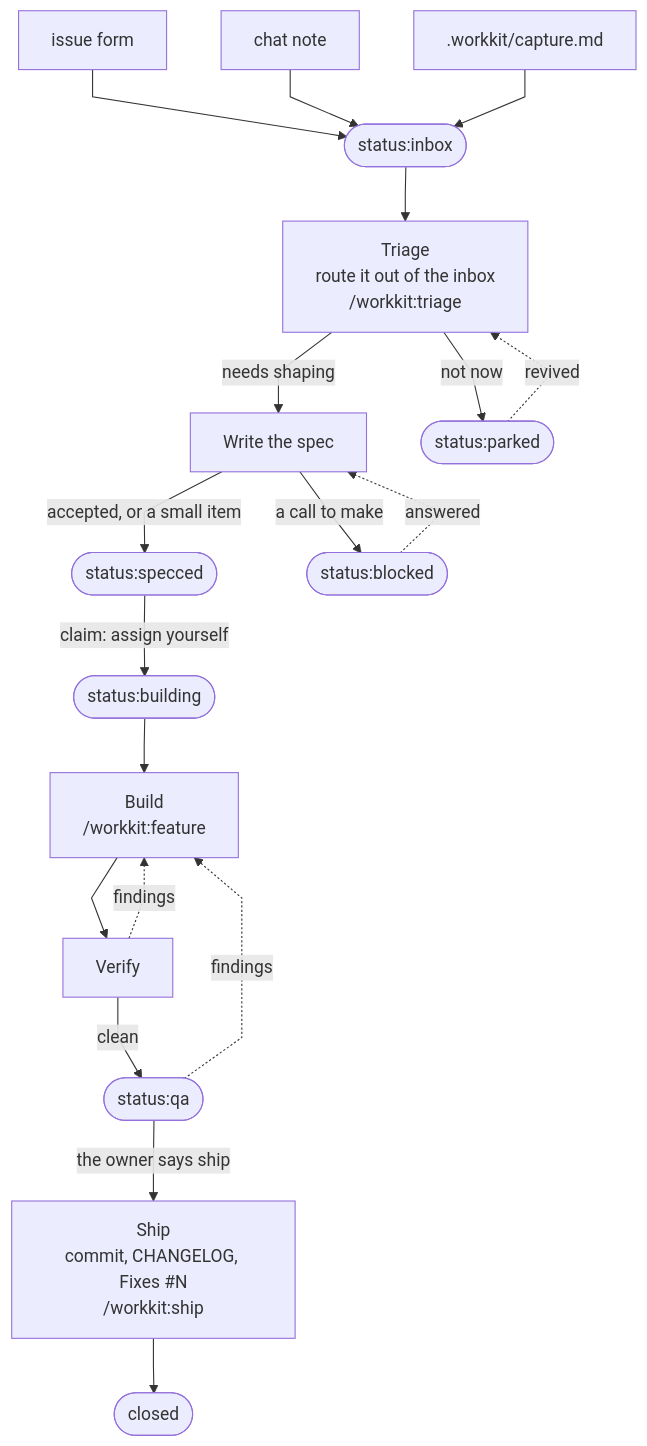
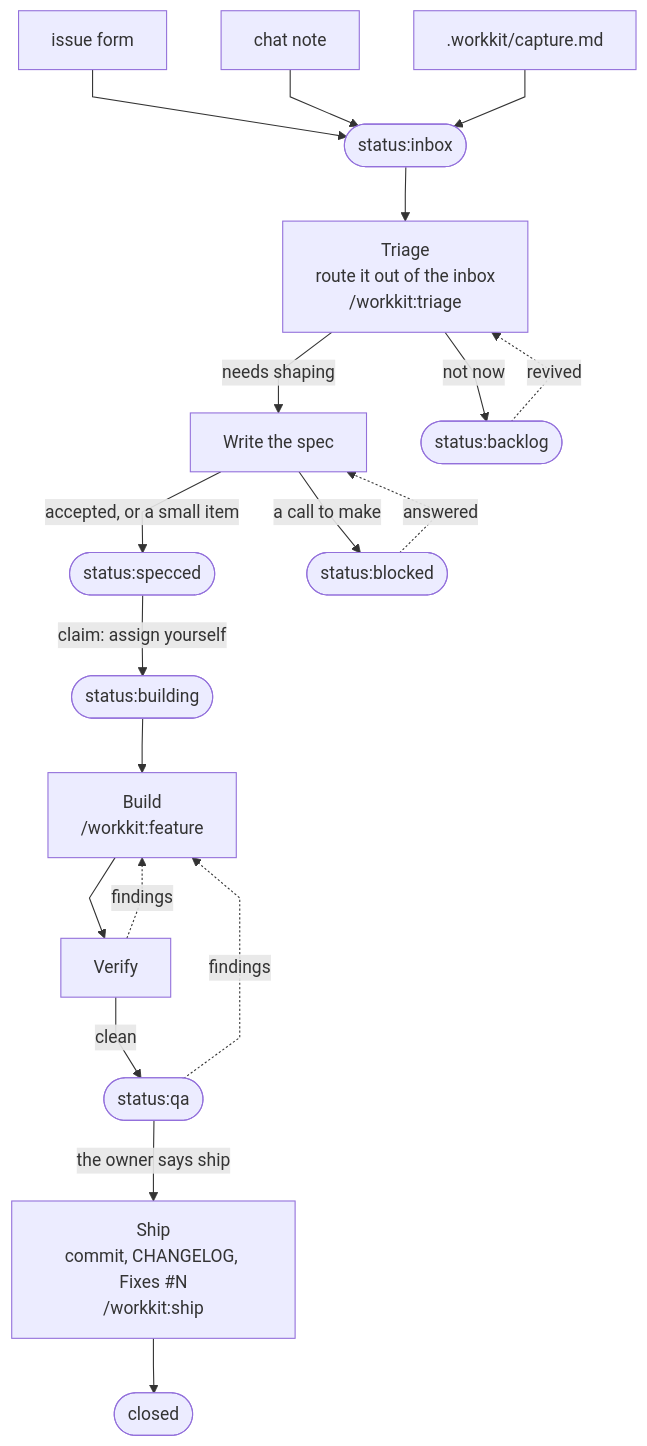
The first of 2 diagrams in README.md (itw-creative-works/workkit), drawn with Mermaid before and after one commit. The commit also changed other lines of this file and 21 other files, not shown here.

First line of the commit message:
feat(workkit): rename backlog status and add manager visibility rules

````diff
--- a/README.md
+++ b/README.md
@@ -7,22 +7,22 @@
 ```mermaid
 %%{init: {"flowchart": {"curve": "linear"}}}%%
 flowchart TB
     Form["issue form"] --> Inbox([status:inbox])
     Note["chat note"] --> Inbox
     File[".workkit/capture.md"] --> Inbox
     Inbox --> Triage["Triage<br>route it out of the inbox<br>/workkit:triage"]
     Triage -->|needs shaping| Spec["Write the spec"]
-    Triage -->|not now| Parked([status:parked])
-    Parked -.->|revived| Triage
+    Triage -->|not now| Backlog([status:backlog])
+    Backlog -.->|revived| Triage
     Spec -->|accepted, or a small item| Specced([status:specced])
     Spec -->|a call to make| Blocked([status:blocked])
     Blocked -.->|answered| Spec
     Specced -->|claim: assign yourself| Building([status:building])
     Building --> Build["Build<br>/workkit:feature"]
     Build --> Verify["Verify"]
     Verify -.->|findings| Build
     Verify -->|clean| QA([status:qa])
     QA -.->|findings| Build
     QA -->|the owner says ship| Ship["Ship<br>commit, CHANGELOG, Fixes #N<br>/workkit:ship"]
     Ship --> Closed([closed])
 ```
````
